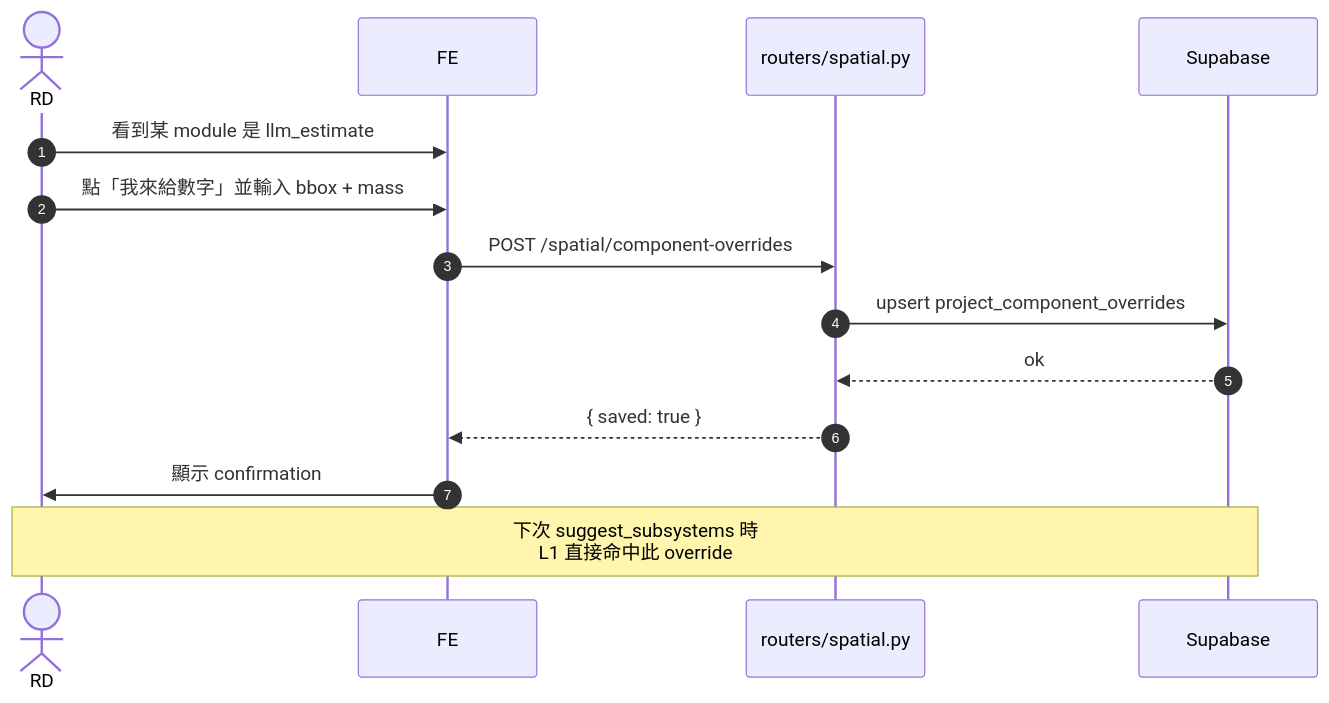
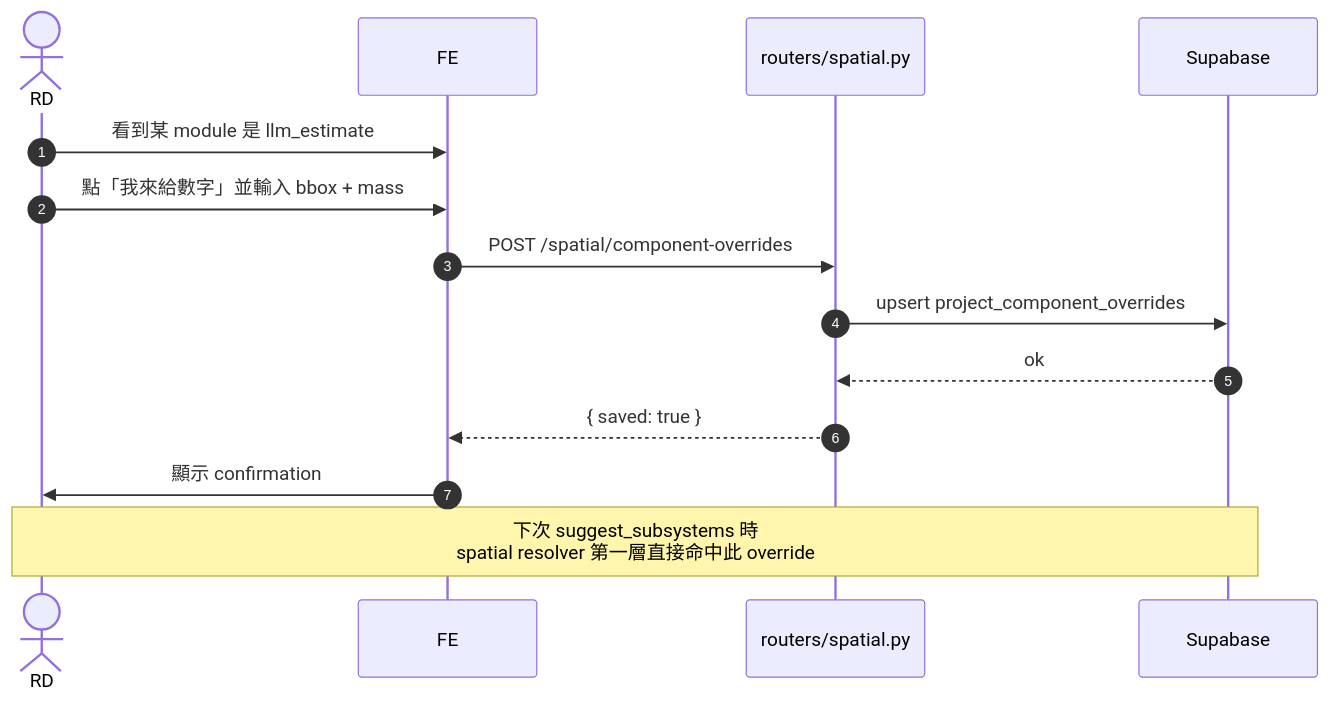
Diagram 14 of 27 in docs/e2e/module/Forward_Subsystem_Discovery_Architecture.md (JIA-HONG-CHU/design-copilot-blueprint), drawn with Mermaid before and after one commit. The commit also changed other lines of this file and 2 other files, not shown here.

First line of the commit message:
docs(e2e): update TRIZ layered drill-down and subsystem discovery architecture

````diff
--- a/docs/e2e/module/Forward_Subsystem_Discovery_Architecture.md
+++ b/docs/e2e/module/Forward_Subsystem_Discovery_Architecture.md
@@ -715,18 +737,18 @@
 ```mermaid
 sequenceDiagram
     autonumber
     actor RD
     participant FE
     participant API as routers/spatial.py
     participant DB as Supabase
 
     RD->>FE: 看到某 module 是 llm_estimate
     RD->>FE: 點「我來給數字」並輸入 bbox + mass
     FE->>API: POST /spatial/component-overrides
     API->>DB: upsert project_component_overrides
     DB-->>API: ok
     API-->>FE: { saved: true }
     FE->>RD: 顯示 confirmation
 
-    Note over RD,DB: 下次 suggest_subsystems 時<br/>L1 直接命中此 override
+    Note over RD,DB: 下次 suggest_subsystems 時<br/>spatial resolver 第一層直接命中此 override
 ```
````
